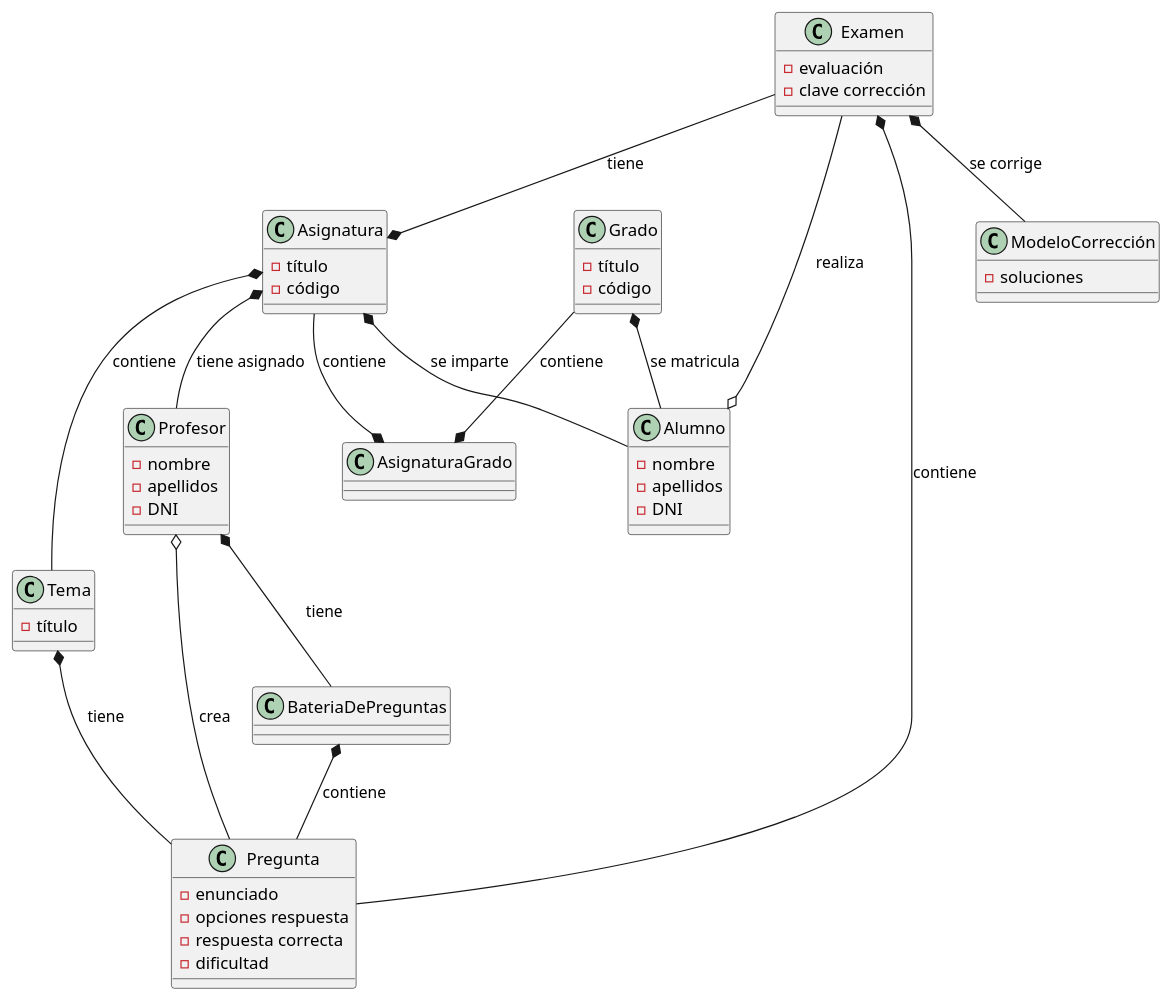
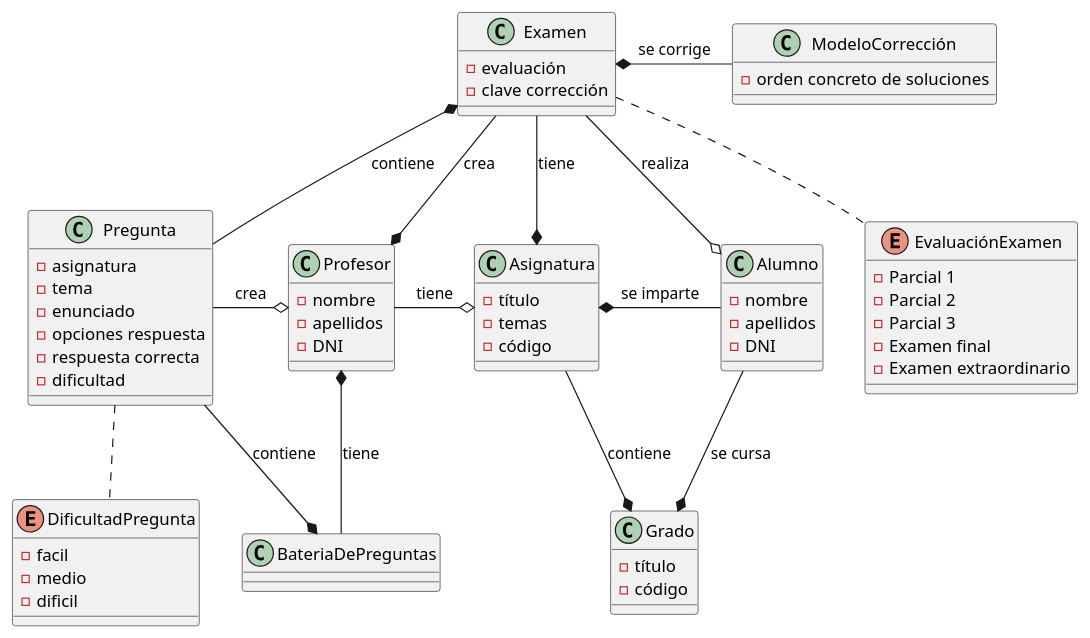
The diagram in documents/modelos/diagramas/diagramaEntidad/diagramaEntidad.puml (martinlopez7/25-26-IdSw1-SdR), drawn with PlantUML before and after one commit. The commit also changed 2 other files, not shown here.

Commit message:
fix(mdd): añade distintos tipos de evaluacion de examen y de dificultad de pregunta, y añade jerarquía, actualiza imagen del diagrama y actualiza la tabla de relaciones [refs #16]

```diff
--- a/documents/modelos/diagramas/diagramaEntidad/diagramaEntidad.puml
+++ b/documents/modelos/diagramas/diagramaEntidad/diagramaEntidad.puml
@@ -1,56 +1,67 @@
 @startuml
 
 class Examen{
  - evaluación
  - clave corrección
 }
-class AsignaturaGrado{
-}
 class Asignatura{
  - título
+ - temas
  - código
 }
-class Tema{
- - título
-}
 class Pregunta{
+ - asignatura
+ - tema
  - enunciado
  - opciones respuesta
  - respuesta correcta
  - dificultad
 }
 class BateriaDePreguntas{
 }
 class ModeloCorrección{
- - soluciones
+ - orden concreto de soluciones
 }
 class Grado{
  - título
  - código
 }
 class Profesor{
  - nombre
  - apellidos
  - DNI
 }
 class Alumno{
  - nombre
  - apellidos
  - DNI
 }
+enum EvaluaciónExamen{
+ - Parcial 1
+ - Parcial 2
+ - Parcial 3
+ - Examen final
+ - Examen extraordinario
+}
+enum DificultadPregunta{
+ - facil
+ - medio
+ - dificil
+}
 
-Grado *-- Alumno : se matricula
-Grado --* AsignaturaGrado : contiene
-Asignatura --* AsignaturaGrado : contiene
-Asignatura *-- Profesor : tiene asignado
-Asignatura *-- Alumno : se imparte
-Examen --* Asignatura : tiene
-Examen *-- Pregunta : contiene
-Asignatura *-- Tema : contiene
-Tema *-- Pregunta : tiene
-Alumno o-- Examen : realiza
-BateriaDePreguntas *-- Pregunta : contiene
-Examen *-- ModeloCorrección : se corrige
+Examen .. EvaluaciónExamen
+Pregunta -u-* Examen : contiene
+Pregunta .. DificultadPregunta
+Examen *-r- ModeloCorrección : se corrige
+Profesor o-l- Pregunta : crea
+Profesor *-u- Examen : crea
 Profesor *-- BateriaDePreguntas : tiene
-Profesor o-- Pregunta : crea
+BateriaDePreguntas *-u- Pregunta : contiene
+Asignatura *-u- Examen : tiene 
+Asignatura o-l- Profesor : tiene  
+Grado *-u- Asignatura: contiene 
+Alumno o-u- Examen : realiza 
+Asignatura *-r- Alumno : se imparte 
+Grado *-u- Alumno : se cursa
+
 @enduml
```
